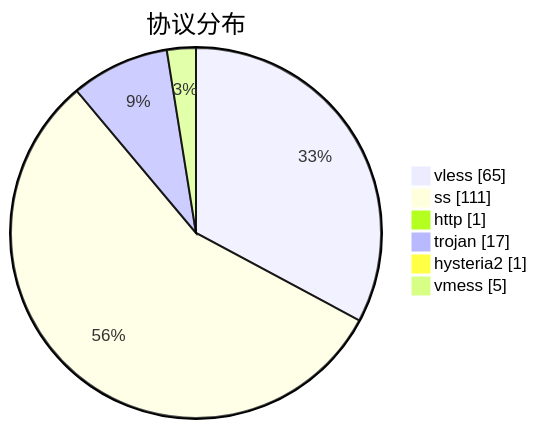
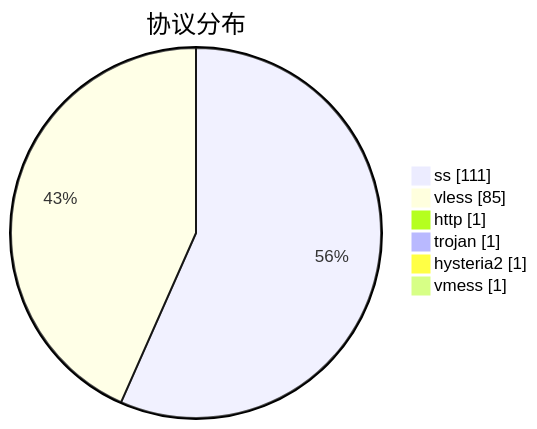
The third of 3 diagrams in subs/statistics/tested_within.md (qjlxg/airport), drawn with Mermaid before and after one commit. The commit also changed other lines of this file and 2 other files, not shown here.

````diff
--- a/subs/statistics/tested_within.md
+++ b/subs/statistics/tested_within.md
@@ -27,10 +25,10 @@
 ```mermaid
 pie showData
 title 协议分布
-"vless" : 65
 "ss" : 111
+"vless" : 85
 "http" : 1
-"trojan" : 17
+"trojan" : 1
 "hysteria2" : 1
-"vmess" : 5
+"vmess" : 1
 ```
````
